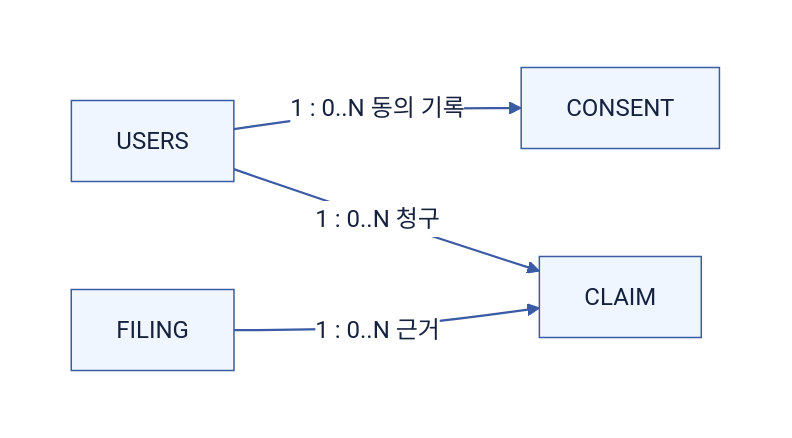
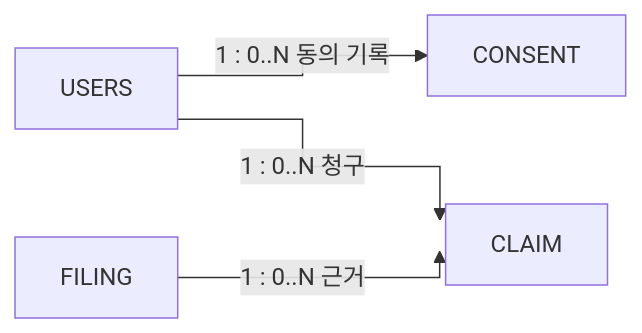
Before and after one commit to Hyune-s-lab/my-ai-study: the third of 4 diagrams in system-design/2606-종소세-환급-설계.md, drawn with Mermaid. The commit also changed other lines of this file and 49 other files, not shown here.

Commit message:
docs: 단순 다이어그램은 Mermaid로, 복잡한 배치는 SVG로 정리

````diff
--- a/system-design/2606-종소세-환급-설계.md
+++ b/system-design/2606-종소세-환급-설계.md
@@ -261,17 +197,11 @@
 ```mermaid
 flowchart LR
-%%{init: {"theme": "base", "darkMode": false, "themeVariables": {"background": "#ffffff", "primaryColor": "#EFF6FF", "primaryTextColor": "#16213E", "primaryBorderColor": "#3B5BA5", "secondaryColor": "#F0FDF4", "tertiaryColor": "#FAF5FF", "lineColor": "#3B5BA5", "textColor": "#16213E", "edgeLabelBackground": "#ffffff", "clusterBkg": "#F8FAFC", "clusterBorder": "#CBD5E1"}}}%%
-  subgraph canvas[" "]
-    direction LR
-    USERS["USERS"] -->|"1 : 0..N 동의 기록"| CONSENT["CONSENT"]
-    USERS -->|"1 : 0..N 청구"| CLAIM["CLAIM"]
-    FILING["FILING"] -->|"1 : 0..N 근거"| CLAIM
-  end
-  style canvas fill:#ffffff,stroke:#ffffff,color:#111827
-  linkStyle default stroke:#3B5BA5,stroke-width:1.5px
-  classDef app fill:#EFF6FF,stroke:#3B5BA5,stroke-width:1px,color:#16213E
-  class USERS,CONSENT,CLAIM,FILING app
-  classDef db fill:#F0FDF4,stroke:#3F8E55,stroke-width:1px,color:#16213E
-  classDef policy fill:#FAF5FF,stroke:#A855F7,stroke-width:1px,color:#16213E
-  classDef worker fill:#FFF7ED,stroke:#C98A2B,stroke-width:1px,color:#16213E
+%%{init: {"flowchart": {"curve": "stepAfter", "wrappingWidth": 400}}}%%
+  n_USERS["USERS"]
+  n_CONSENT["CONSENT"]
+  n_CLAIM["CLAIM"]
+  n_FILING["FILING"]
+  n_USERS -->|"1 : 0..N 동의 기록"| n_CONSENT
+  n_USERS -->|"1 : 0..N 청구"| n_CLAIM
+  n_FILING -->|"1 : 0..N 근거"| n_CLAIM
 ```
````
